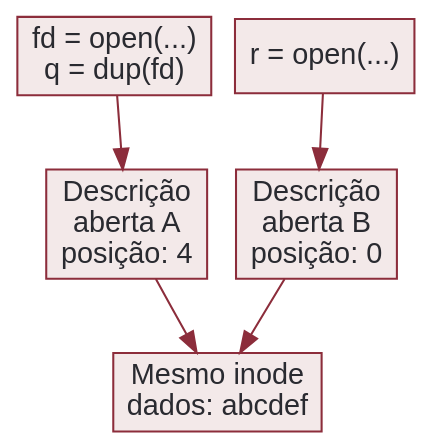
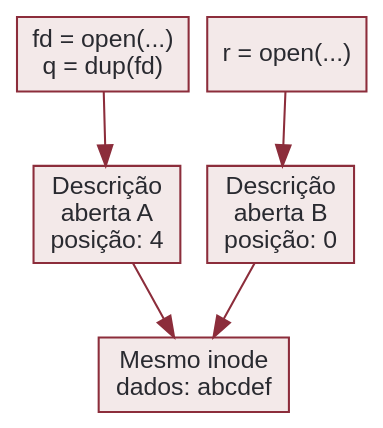
One commit to rodrgds/resumos changed the diagram in src/content/so/aberturas.dot. Above: the diagram before and after it, drawn with Graphviz. The commit also changed 1 other file, not shown here.

```diff
--- a/src/content/so/aberturas.dot
+++ b/src/content/so/aberturas.dot
@@ -1,15 +1,15 @@
 digraph Aberturas {
-  graph [bgcolor="transparent", rankdir=TB, pad=0.1, nodesep=0.15];
-  node [shape=box, style=filled, fillcolor="#f3e9e9", color="#8c2d3b", fontcolor="#292a30", fontname="Arial", fontsize=14];
-  edge [color="#8c2d3b", fontcolor="#292a30", fontname="Arial", fontsize=14];
+  graph [bgcolor="transparent", rankdir=TB, pad=0.02, nodesep=0.12];
+  node [shape=box, style=filled, fillcolor="#f3e9e9", color="#8c2d3b", fontcolor="#292a30", fontname="Arial", fontsize=12];
+  edge [color="#8c2d3b", fontcolor="#292a30", fontname="Arial", fontsize=12];
   fd [label="fd = open(...)\nq = dup(fd)"];
   r [label="r = open(...)"];
   comum [label="Descrição\naberta A\nposição: 4"];
   outra [label="Descrição\naberta B\nposição: 0"];
   inode [label="Mesmo inode\ndados: abcdef"];
   {rank=same; fd; r;}
   fd -> comum;
   r -> outra;
   comum -> inode;
   outra -> inode;
 }
```
